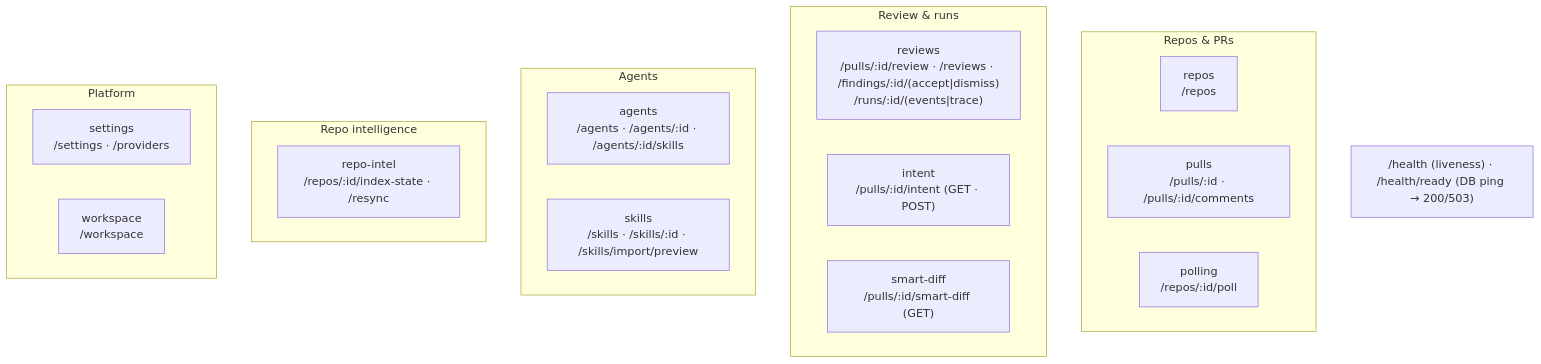
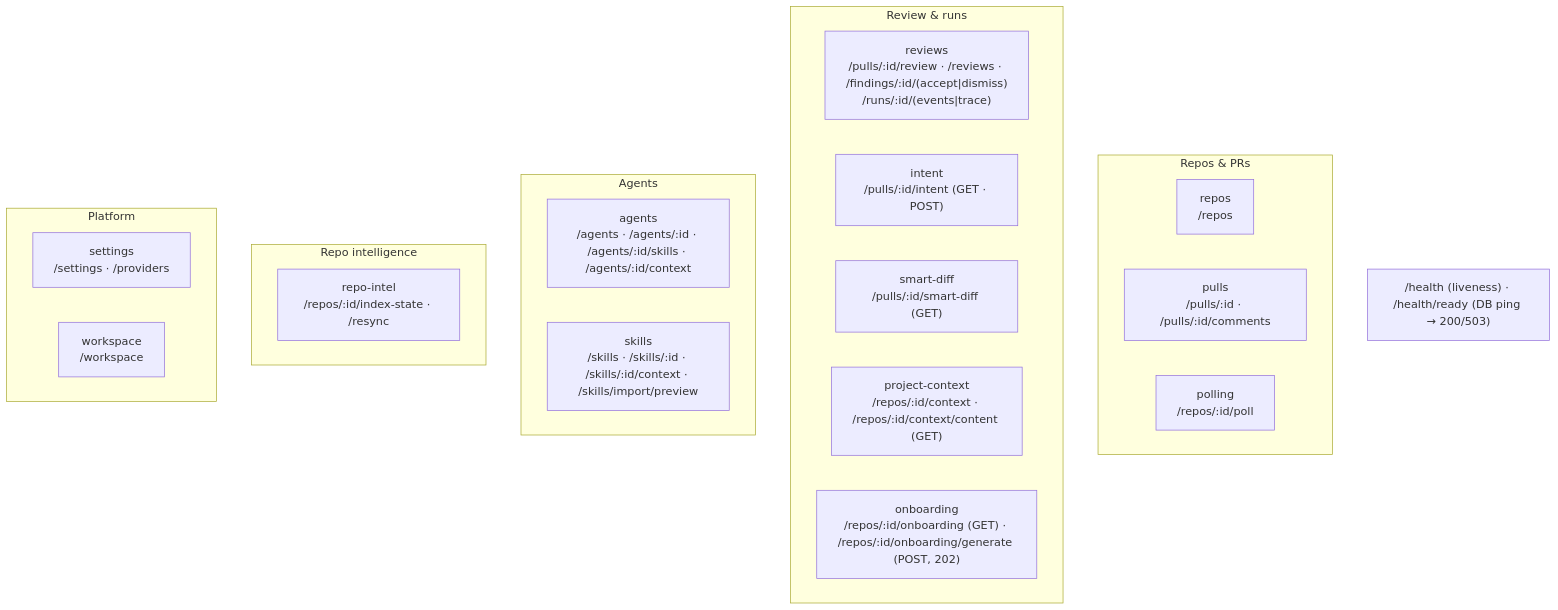
The second of 2 diagrams in server/README.md (artemmmon/dev-digest), drawn with Mermaid before and after one commit. The commit also changed other lines of this file and 184 other files, not shown here.

First line of the commit message:
feat: onboarding tour (SPEC-11) and project context (SPEC-10) (#18)

````diff
--- a/server/README.md
+++ b/server/README.md
@@ -69,25 +69,27 @@
 ```mermaid
 flowchart TB
   subgraph Repos_PRs["Repos & PRs"]
     repos["repos<br/>/repos"]
     pulls["pulls<br/>/pulls/:id · /pulls/:id/comments"]
     polling["polling<br/>/repos/:id/poll"]
   end
   subgraph Review["Review & runs"]
     reviews["reviews<br/>/pulls/:id/review · /reviews · /findings/:id/(accept|dismiss)<br/>/runs/:id/(events|trace)"]
     intent["intent<br/>/pulls/:id/intent (GET · POST)"]
     smartDiff["smart-diff<br/>/pulls/:id/smart-diff (GET)"]
+    projectContext["project-context<br/>/repos/:id/context · /repos/:id/context/content (GET)"]
+    onboarding["onboarding<br/>/repos/:id/onboarding (GET) · /repos/:id/onboarding/generate (POST, 202)"]
   end
   subgraph Agents["Agents"]
-    agents["agents<br/>/agents · /agents/:id · /agents/:id/skills"]
-    skills["skills<br/>/skills · /skills/:id · /skills/import/preview"]
+    agents["agents<br/>/agents · /agents/:id · /agents/:id/skills · /agents/:id/context"]
+    skills["skills<br/>/skills · /skills/:id · /skills/:id/context · /skills/import/preview"]
   end
   subgraph Intel["Repo intelligence"]
     repoIntel["repo-intel<br/>/repos/:id/index-state · /resync"]
   end
   subgraph Platform["Platform"]
     settings["settings<br/>/settings · /providers"]
     workspace["workspace<br/>/workspace"]
   end
   HEALTH["/health (liveness) · /health/ready (DB ping → 200/503)"]
 ```
````
